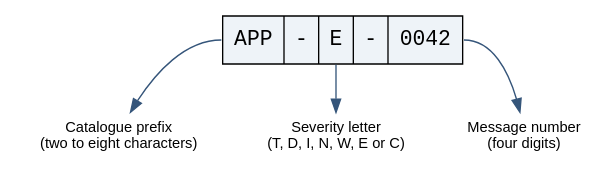
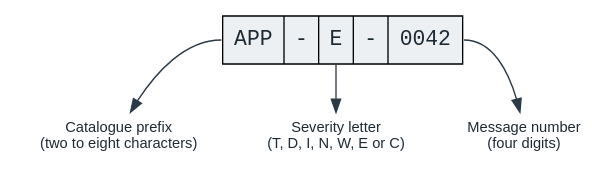
The diagram in docs/figures/code.dot (MasonicTombomb/annunciator), drawn with Graphviz before and after one commit. The commit also changed 105 other files, not shown here.

```diff
--- a/docs/figures/code.dot
+++ b/docs/figures/code.dot
@@ -1,8 +1,8 @@
 digraph code {
-  fontname="Helvetica"; node [fontname="Helvetica", fontsize=11]; edge [color="#35557a"];
-  code [shape=record, style=filled, fillcolor="#eef3f8", fontname="Courier", fontsize=16, label="<p> APP | - | <s> E | - | <n> 0042"];
+  fontname="Helvetica"; node [fontcolor="#1E2A33", fontname="Helvetica", fontsize=11]; edge [fontcolor="#1E2A33", color="#2B3A46"];
+  code [shape=record, style=filled, fillcolor="#EDF0F3", fontname="Courier", fontsize=16, label="<p> APP | - | <s> E | - | <n> 0042"];
   p [shape=plaintext, label="Catalogue prefix\n(two to eight characters)"];
   s [shape=plaintext, label="Severity letter\n(T, D, I, N, W, E or C)"];
   n [shape=plaintext, label="Message number\n(four digits)"];
   code:p -> p; code:s -> s; code:n -> n;
 }
```
